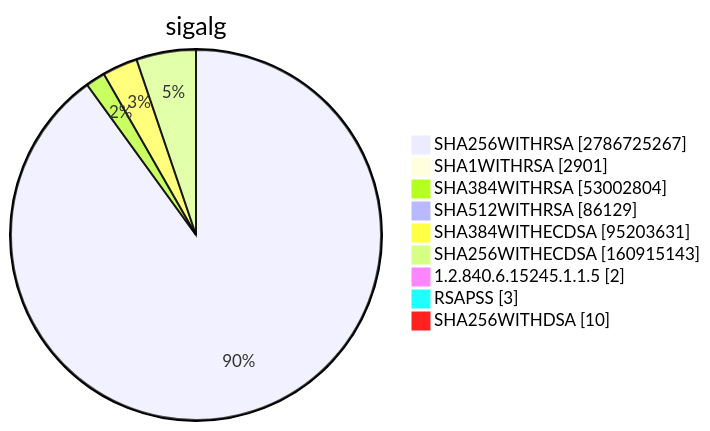
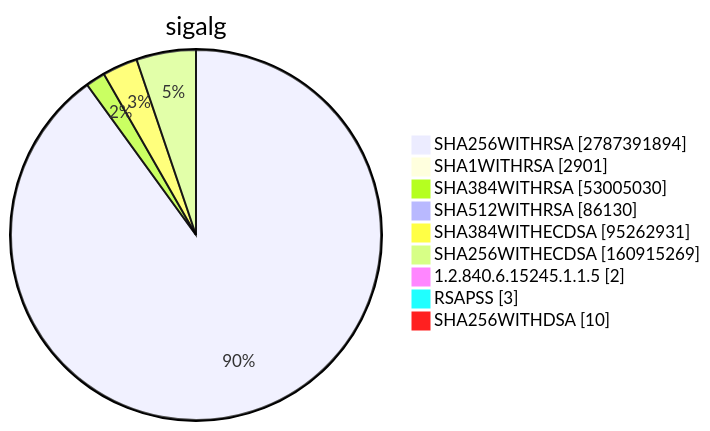
Before and after one commit to christiankrug/ctmonitor_visualization: diagram 15 of 15 in TOTAL/README.md, drawn with Mermaid. The commit also changed other lines of this file, not shown here.

````diff
--- a/TOTAL/README.md
+++ b/TOTAL/README.md
@@ -6207,13 +6207,13 @@
 ```mermaid
 pie showData
 title sigalg
-"SHA256WITHRSA" :2786725267
+"SHA256WITHRSA" :2787391894
 "SHA1WITHRSA" :2901
-"SHA384WITHRSA" :53002804
-"SHA512WITHRSA" :86129
-"SHA384WITHECDSA" :95203631
-"SHA256WITHECDSA" :160915143
+"SHA384WITHRSA" :53005030
+"SHA512WITHRSA" :86130
+"SHA384WITHECDSA" :95262931
+"SHA256WITHECDSA" :160915269
 "1.2.840.6.15245.1.1.5" :2
 "RSAPSS" :3
 "SHA256WITHDSA" :10
 ```
````
